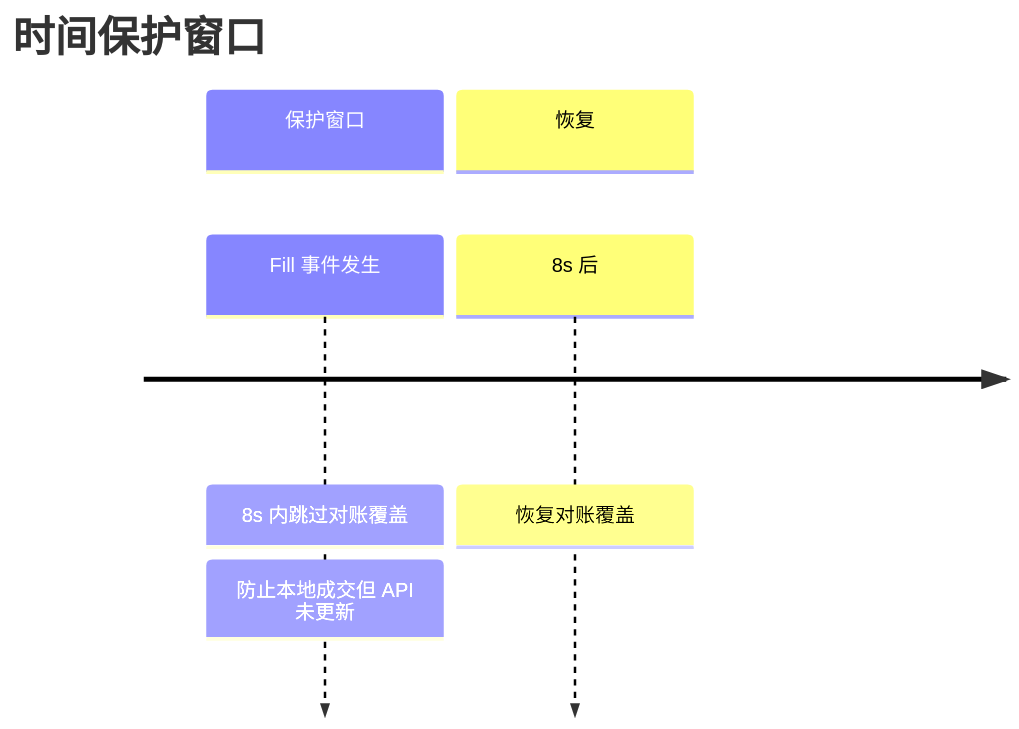
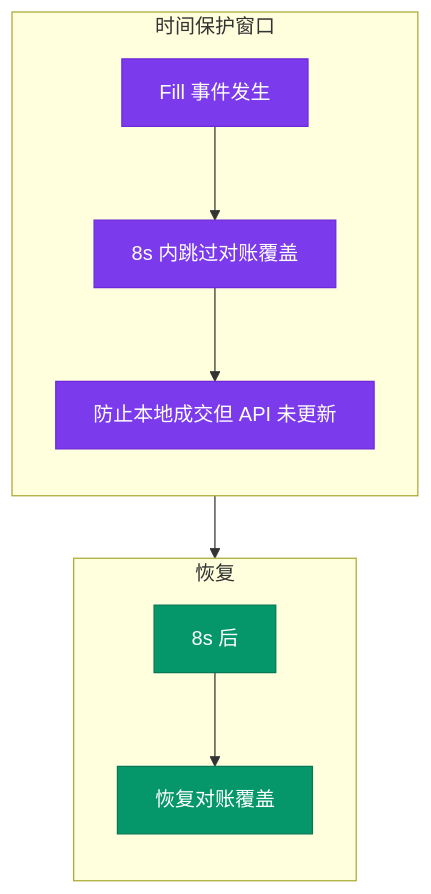
Before and after one commit to liu-kaining/PolyMatrixEngine: the third of 3 diagrams in spec/architecture_diagrams/07_risk_control_layers.md, drawn with Mermaid. The commit also changed other lines of this file and 1 other file, not shown here.

Commit message:
bug fgix

````diff
--- a/spec/architecture_diagrams/07_risk_control_layers.md
+++ b/spec/architecture_diagrams/07_risk_control_layers.md
@@ -139,19 +147,30 @@
 ```mermaid
 %%{init: {'theme': 'base', 'themeVariables': {
   'primaryColor': '#1e3a5f',
   'primaryTextColor': '#ffffff',
   'primaryBorderColor': '#334155',
   'lineColor': '#64748b'
 }}%%
-timeline
-    title 时间保护窗口
+flowchart TB
+    subgraph TW["时间保护窗口"]
+        direction TB
+        TW1["Fill 事件发生"]
+        TW2["8s 内跳过对账覆盖"]
+        TW3["防止本地成交但 API 未更新"]
+        TW1 --> TW2 --> TW3
+    end
 
-    section 保护窗口
-        Fill 事件发生
-        : 8s 内跳过对账覆盖
-        : 防止本地成交但 API 未更新
+    subgraph TR["恢复"]
+        direction TB
+        TR1["8s 后"]
+        TR2["恢复对账覆盖"]
+        TR1 --> TR2
+    end
 
-    section 恢复
-        8s 后
-        : 恢复对账覆盖
+    TW3 --> TR1
+
+    classDef tw fill:#7c3aed,stroke:#6d28d9,color:#fff
+    classDef tr fill:#059669,stroke:#047857,color:#fff
+    class TW1,TW2,TW3 tw
+    class TR1,TR2 tr
 ```
````
